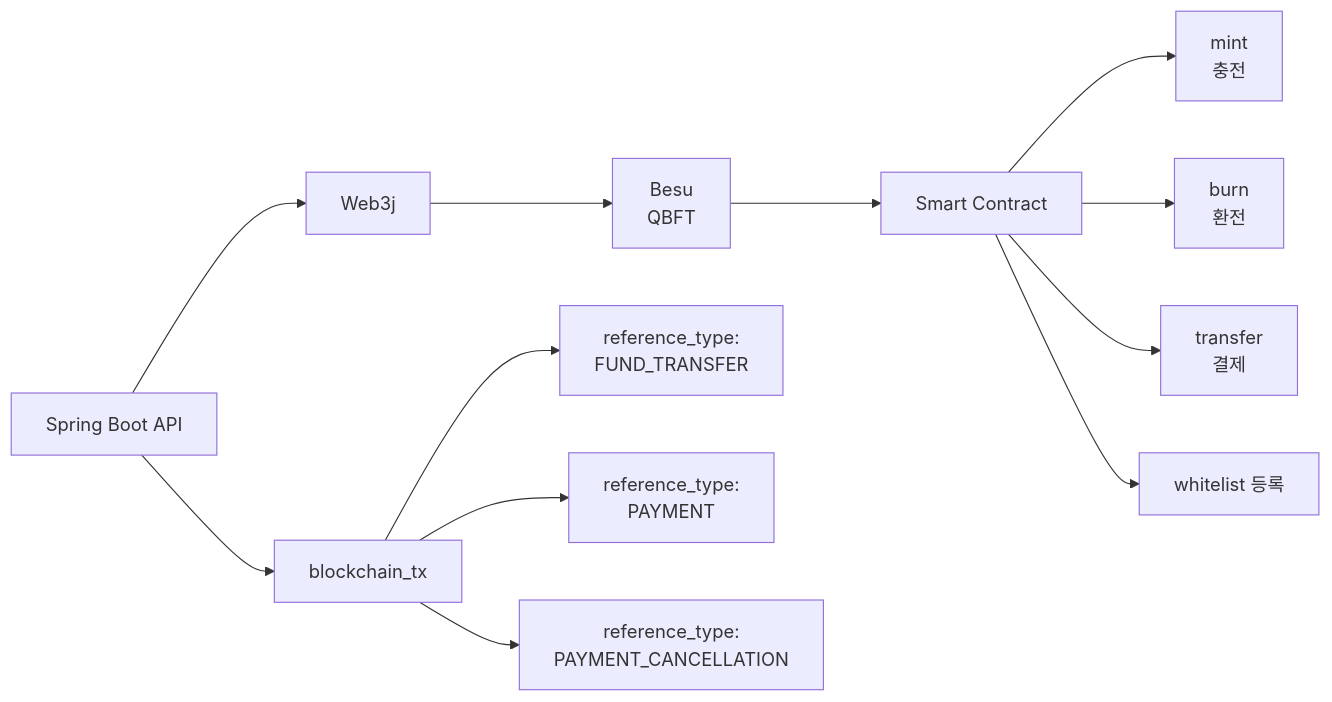
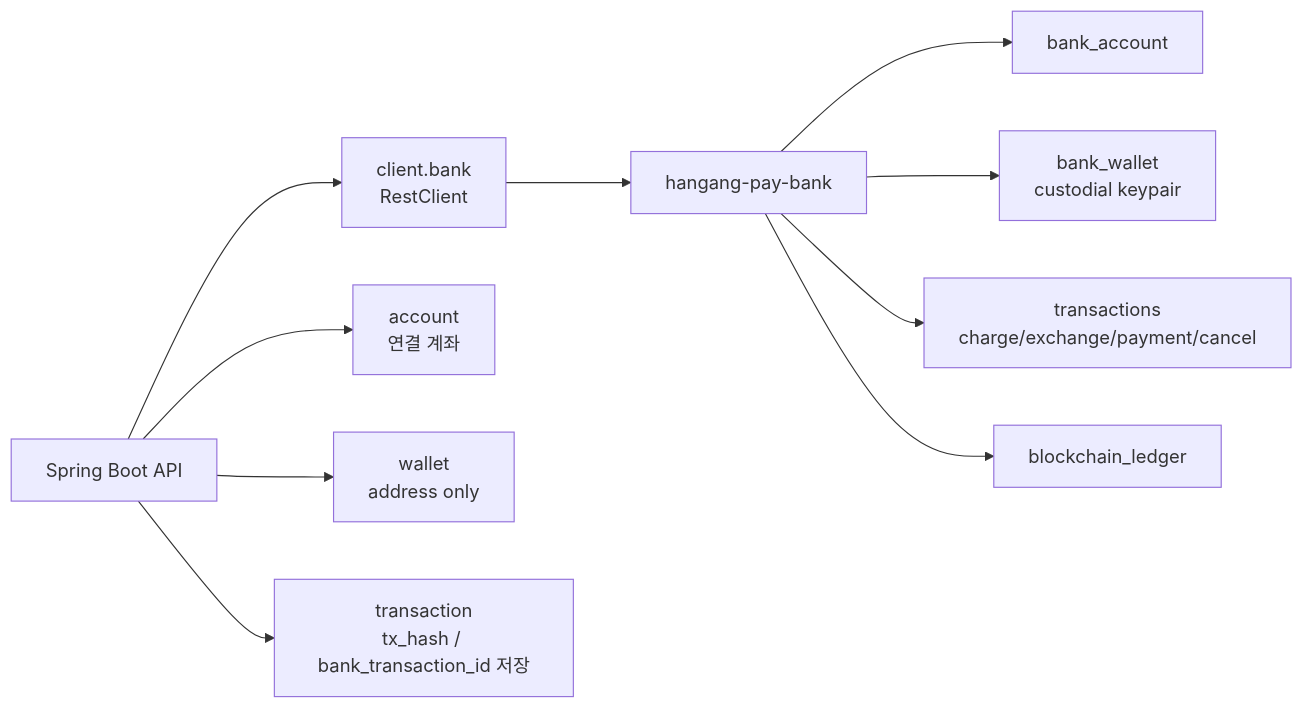
Before and after one commit to Fisa-Family/hangang-pay: the fourth of 5 diagrams in hangang-pay-be/CLAUDE.md, drawn with Mermaid. The commit also changed other lines of this file and 19 other files, not shown here.

````diff
--- a/hangang-pay-be/CLAUDE.md
+++ b/hangang-pay-be/CLAUDE.md
@@ -310,16 +318,13 @@
 ```mermaid
 flowchart LR
-  app["Spring Boot API"] --> web3j["Web3j"]
-  web3j --> besu["Besu<br/>QBFT"]
-  besu --> contract["Smart Contract"]
+  app["Spring Boot API"] --> bankClient["client.bank<br/>RestClient"]
+  bankClient --> bank["hangang-pay-bank"]
+  bank --> bankAccount["bank_account"]
+  bank --> bankWallet["bank_wallet<br/>custodial keypair"]
+  bank --> bankTx["transactions<br/>charge/exchange/payment/cancel"]
+  bank --> blockchainLedger["blockchain_ledger"]
 
-  contract --> mint["mint<br/>충전"]
-  contract --> burn["burn<br/>환전"]
-  contract --> transfer["transfer<br/>결제"]
-  contract --> whitelist["whitelist 등록"]
-
-  app --> blockchainTx["blockchain_tx"]
-  blockchainTx --> fundTransfer["reference_type:<br/>FUND_TRANSFER"]
-  blockchainTx --> payment["reference_type:<br/>PAYMENT"]
-  blockchainTx --> paymentCancellation["reference_type:<br/>PAYMENT_CANCELLATION"]
+  app --> account["account<br/>연결 계좌"]
+  app --> wallet["wallet<br/>address only"]
+  app --> transaction["transaction<br/>tx_hash / bank_transaction_id 저장"]
 ```
````
